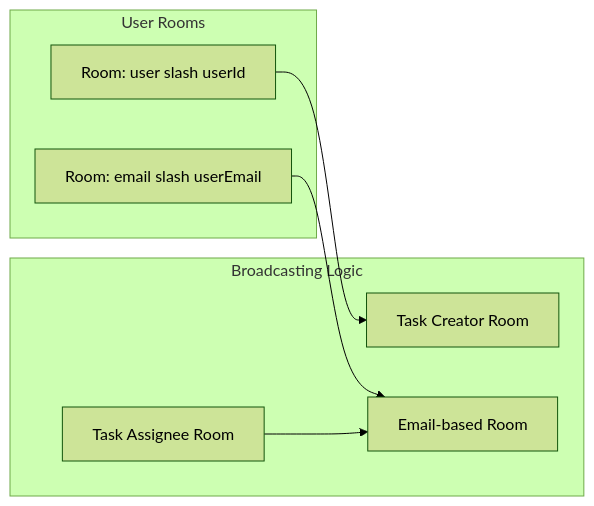
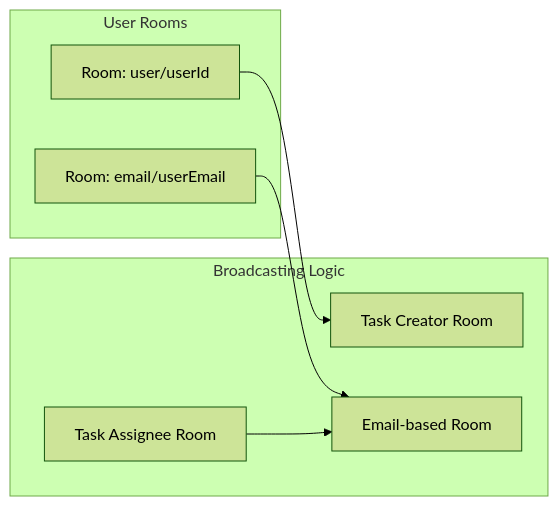
Diagram 12 of 25 in README.md (anshsharmacse/Real-time-Collaborative-Task-Manager), drawn with Mermaid (forest theme) before and after one commit. The commit also changed other lines of this file, not shown here.

````diff
--- a/README.md
+++ b/README.md
@@ -447,17 +515,17 @@
 ```mermaid
 flowchart LR
     subgraph User Rooms
-        R1[Room: user slash userId]
-        R2[Room: email slash userEmail]
+        R1[Room: user/userId]
+        R2[Room: email/userEmail]
     end
     
     subgraph Broadcasting Logic
         B1[Task Creator Room]
         B2[Task Assignee Room]
         B3[Email-based Room]
     end
     
     R1 --> B1
     R2 --> B3
     B2 --> B3
 ```
````
